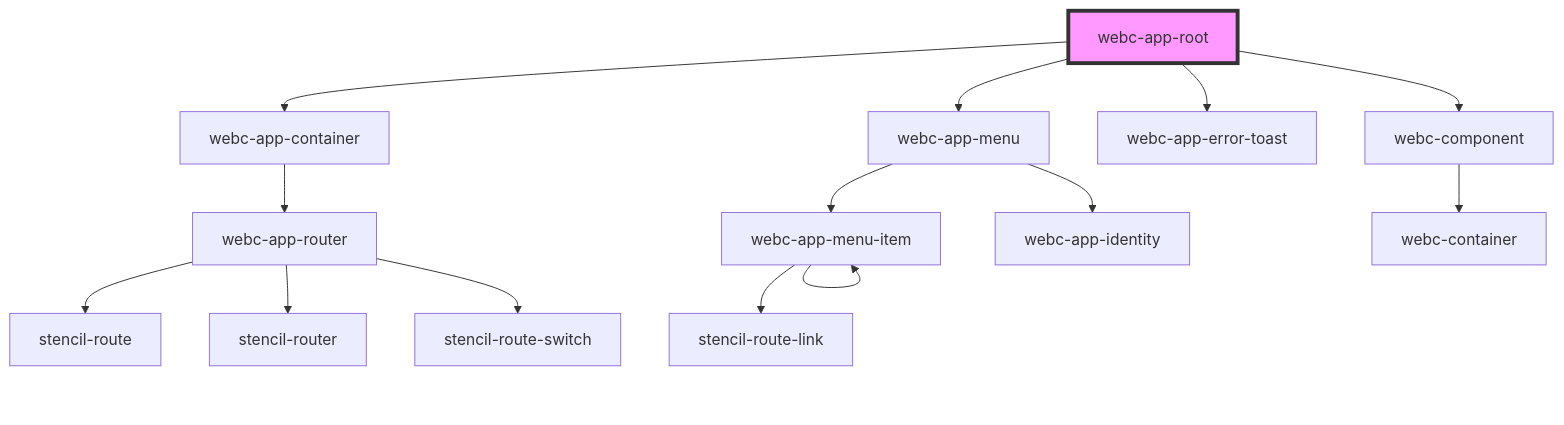
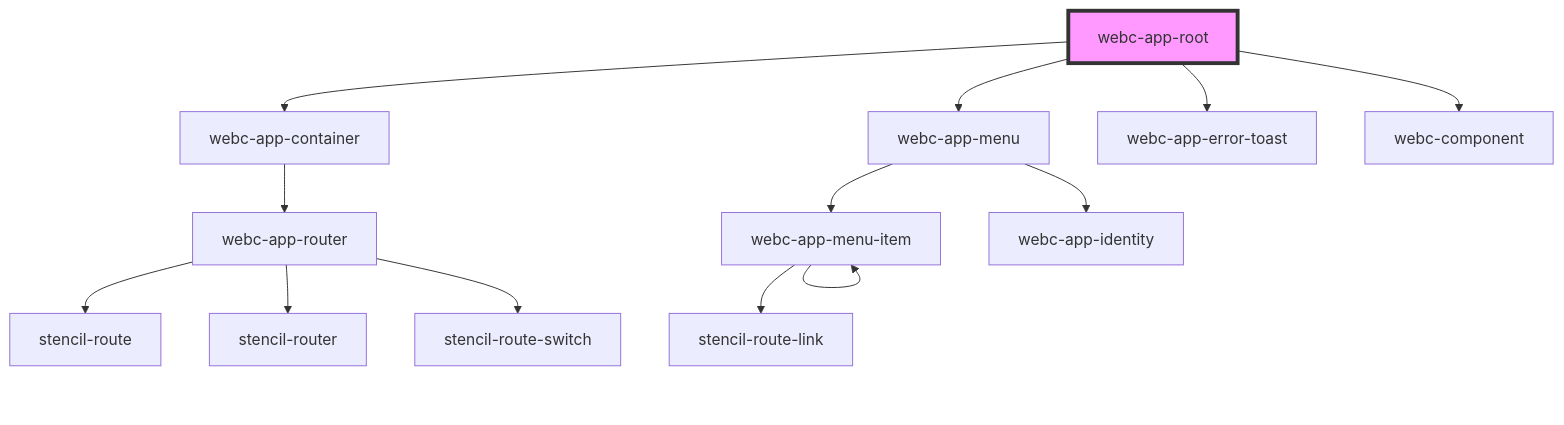
Before and after one commit to webcardinal/webcardinal-core: the diagram in docs/readme/components/webc-app/webc-app-root/readme.md, drawn with Mermaid. The commit also changed 19 other files, not shown here.

````diff
--- a/docs/readme/components/webc-app/webc-app-root/readme.md
+++ b/docs/readme/components/webc-app/webc-app-root/readme.md
@@ -33,17 +33,16 @@
 ```mermaid
 graph TD;
   webc-app-root --> webc-app-container
   webc-app-root --> webc-app-menu
   webc-app-root --> webc-app-error-toast
   webc-app-root --> webc-component
   webc-app-container --> webc-app-router
   webc-app-router --> stencil-route
   webc-app-router --> stencil-router
   webc-app-router --> stencil-route-switch
   webc-app-menu --> webc-app-menu-item
   webc-app-menu --> webc-app-identity
   webc-app-menu-item --> webc-app-menu-item
   webc-app-menu-item --> stencil-route-link
-  webc-component --> webc-container
   style webc-app-root fill:#f9f,stroke:#333,stroke-width:4px
 ```
````
